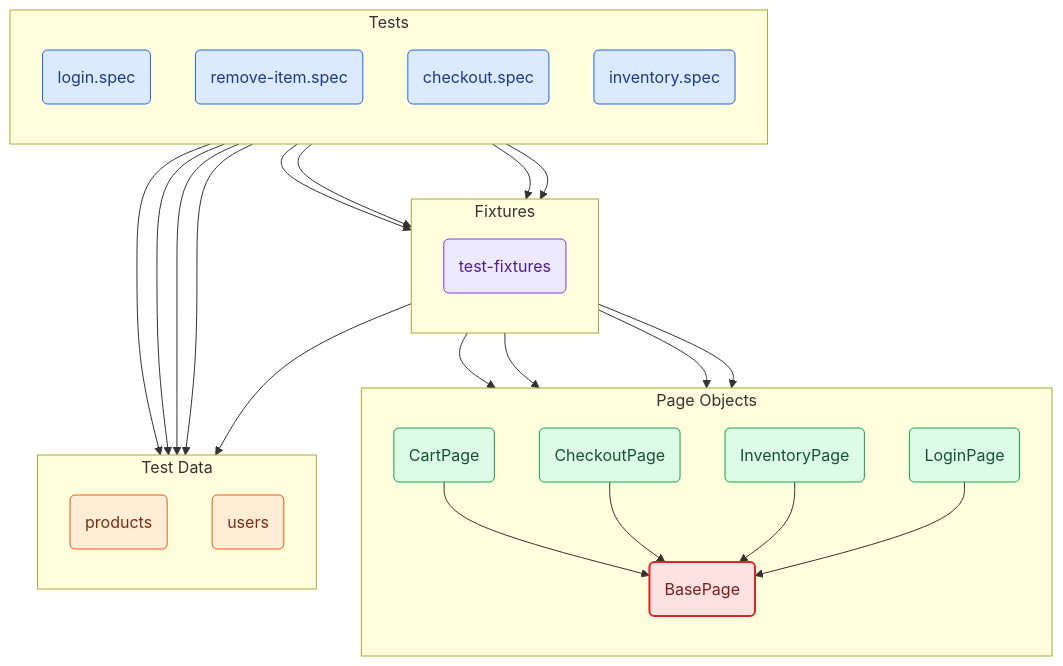
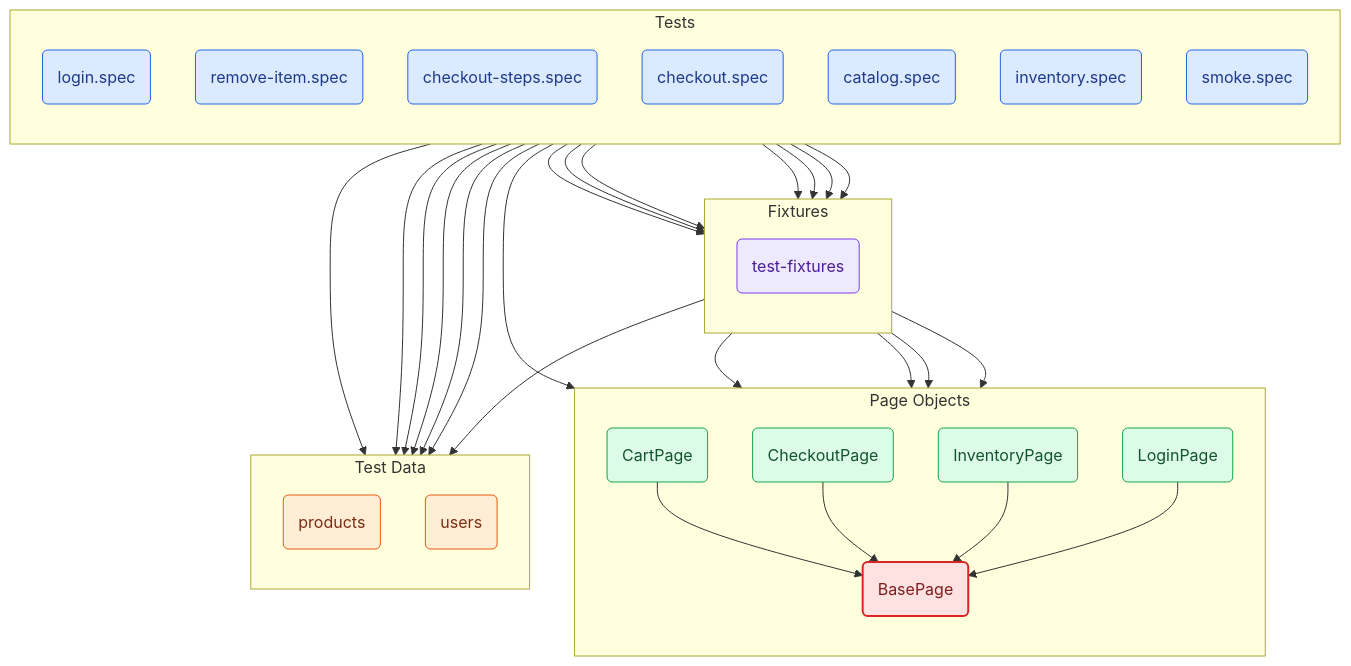
The first of 2 diagrams in playwright-pom-framework/ARCHITECTURE.md (pruthive580/PlayWright-RAG-CustomMCP), drawn with Mermaid before and after one commit. The commit also changed other lines of this file and 19 other files, not shown here.

````diff
--- a/playwright-pom-framework/ARCHITECTURE.md
+++ b/playwright-pom-framework/ARCHITECTURE.md
@@ -7,64 +7,76 @@
 ```mermaid
 %%{init: {'flowchart': {'curve': 'basis', 'nodeSpacing': 45, 'rankSpacing': 55}}}%%
 flowchart TD
   subgraph Tests["Tests"]
     direction TB
     tests_auth_login_spec_ts("login.spec")
     tests_cart_remove_item_spec_ts("remove-item.spec")
+    tests_e2e_checkout_steps_spec_ts("checkout-steps.spec")
     tests_e2e_checkout_spec_ts("checkout.spec")
+    tests_inventory_catalog_spec_ts("catalog.spec")
     tests_inventory_inventory_spec_ts("inventory.spec")
+    tests_smoke_smoke_spec_ts("smoke.spec")
   end
   subgraph Fixtures["Fixtures"]
     direction TB
     src_fixtures_test_fixtures_ts("test-fixtures")
   end
   subgraph Pages["Page Objects"]
     direction TB
     src_pages_LoginPage_ts("LoginPage")
     src_pages_InventoryPage_ts("InventoryPage")
     src_pages_CartPage_ts("CartPage")
     src_pages_CheckoutPage_ts("CheckoutPage")
     src_pages_BasePage_ts("BasePage")
   end
   subgraph Data["Test Data"]
     direction TB
     src_data_products_ts("products")
     src_data_users_ts("users")
   end
 
   src_fixtures_test_fixtures_ts --> src_pages_LoginPage_ts
   src_fixtures_test_fixtures_ts --> src_pages_InventoryPage_ts
   src_fixtures_test_fixtures_ts --> src_pages_CartPage_ts
   src_fixtures_test_fixtures_ts --> src_pages_CheckoutPage_ts
   src_fixtures_test_fixtures_ts --> src_data_users_ts
   src_pages_CartPage_ts --> src_pages_BasePage_ts
   src_pages_CheckoutPage_ts --> src_pages_BasePage_ts
   src_pages_InventoryPage_ts --> src_pages_BasePage_ts
   src_pages_LoginPage_ts --> src_pages_BasePage_ts
   tests_auth_login_spec_ts --> src_fixtures_test_fixtures_ts
   tests_auth_login_spec_ts --> src_data_users_ts
   tests_cart_remove_item_spec_ts --> src_fixtures_test_fixtures_ts
   tests_cart_remove_item_spec_ts --> src_data_products_ts
+  tests_e2e_checkout_steps_spec_ts --> src_fixtures_test_fixtures_ts
+  tests_e2e_checkout_steps_spec_ts --> src_data_products_ts
   tests_e2e_checkout_spec_ts --> src_fixtures_test_fixtures_ts
   tests_e2e_checkout_spec_ts --> src_data_products_ts
+  tests_inventory_catalog_spec_ts --> src_fixtures_test_fixtures_ts
+  tests_inventory_catalog_spec_ts --> src_data_products_ts
+  tests_inventory_catalog_spec_ts --> src_pages_InventoryPage_ts
   tests_inventory_inventory_spec_ts --> src_fixtures_test_fixtures_ts
   tests_inventory_inventory_spec_ts --> src_data_products_ts
+  tests_smoke_smoke_spec_ts --> src_fixtures_test_fixtures_ts
 
   classDef tests fill:#dbeafe,stroke:#2563eb,color:#1e3a8a;
   classDef fixtures fill:#ede9fe,stroke:#7c3aed,color:#4c1d95;
   classDef pages fill:#dcfce7,stroke:#16a34a,color:#14532d;
   classDef data fill:#ffedd5,stroke:#ea580c,color:#7c2d12;
   classDef base fill:#fee2e2,stroke:#dc2626,color:#7f1d1d,stroke-width:2px;
   class src_data_products_ts data;
   class src_data_users_ts data;
   class src_fixtures_test_fixtures_ts fixtures;
   class src_pages_LoginPage_ts pages;
   class src_pages_InventoryPage_ts pages;
   class src_pages_CartPage_ts pages;
   class src_pages_CheckoutPage_ts pages;
   class src_pages_BasePage_ts base;
   class tests_auth_login_spec_ts tests;
   class tests_cart_remove_item_spec_ts tests;
+  class tests_e2e_checkout_steps_spec_ts tests;
   class tests_e2e_checkout_spec_ts tests;
+  class tests_inventory_catalog_spec_ts tests;
   class tests_inventory_inventory_spec_ts tests;
+  class tests_smoke_smoke_spec_ts tests;
 ```
````
